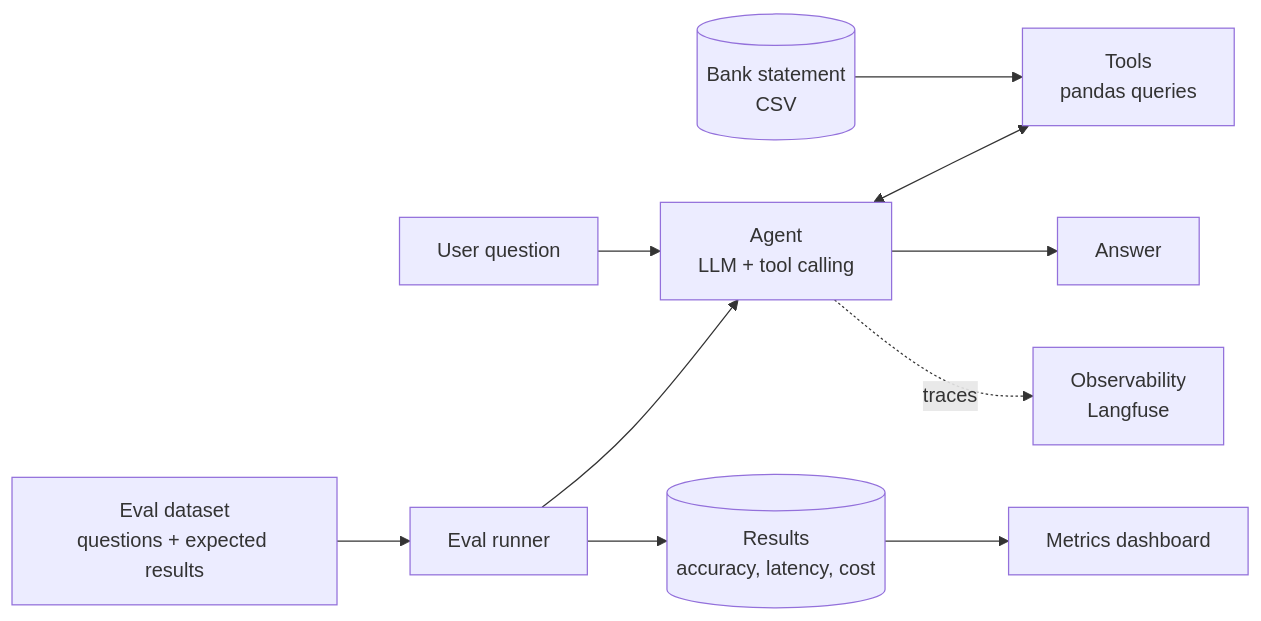
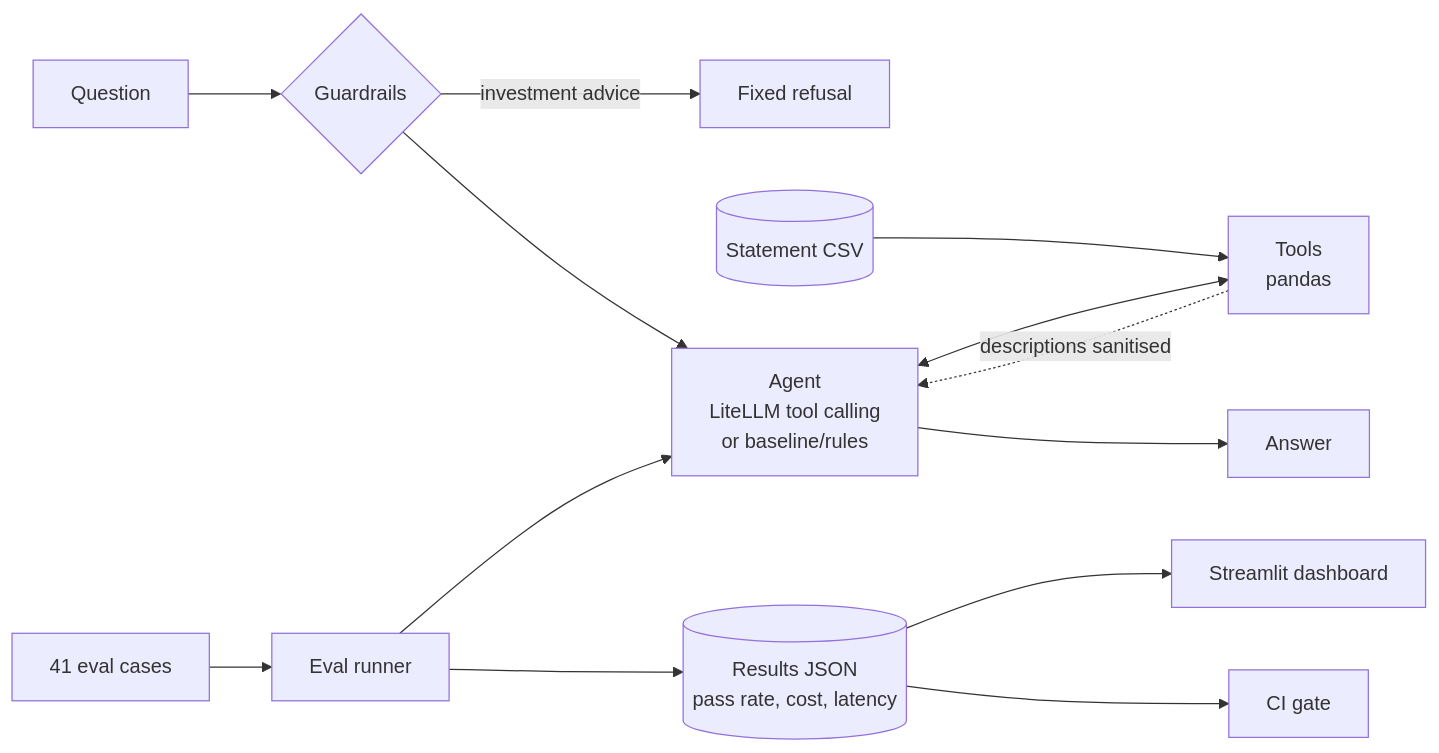
The diagram in README.md (Mirelasbianchi/finance-agent-evals), drawn with Mermaid before and after one commit. The commit also changed other lines of this file, not shown here.

Commit message:
docs(readme): explain guardrails, baseline, eval results and AWS deployment

````diff
--- a/README.md
+++ b/README.md
@@ -13,12 +22,15 @@
 ```mermaid
 flowchart LR
-    U[User question] --> A[Agent<br/>LLM + tool calling]
-    S[(Bank statement<br/>CSV)] --> T[Tools<br/>pandas queries]
+    U[Question] --> G{Guardrails}
+    G -- investment advice --> X[Fixed refusal]
+    G --> A[Agent<br/>LiteLLM tool calling<br/>or baseline/rules]
+    S[(Statement CSV)] --> T[Tools<br/>pandas]
     A <--> T
+    T -. descriptions sanitised .-> A
     A --> R[Answer]
-    E[Eval dataset<br/>questions + expected results] --> H[Eval runner]
+    E[41 eval cases] --> H[Eval runner]
     H --> A
-    H --> M[(Results<br/>accuracy, latency, cost)]
-    M --> D[Metrics dashboard]
-    A -. traces .-> O[Observability<br/>Langfuse]
+    H --> M[(Results JSON<br/>pass rate, cost, latency)]
+    M --> D[Streamlit dashboard]
+    M --> CI[CI gate]
 ```
````
